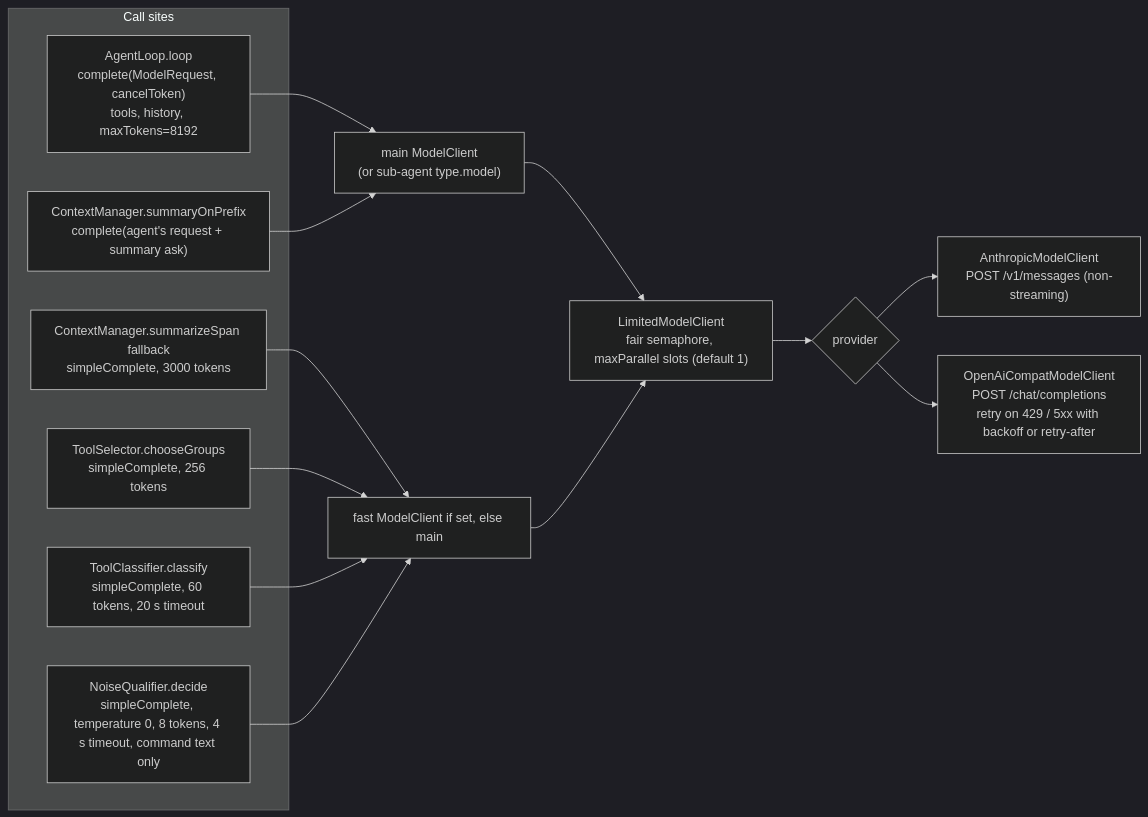
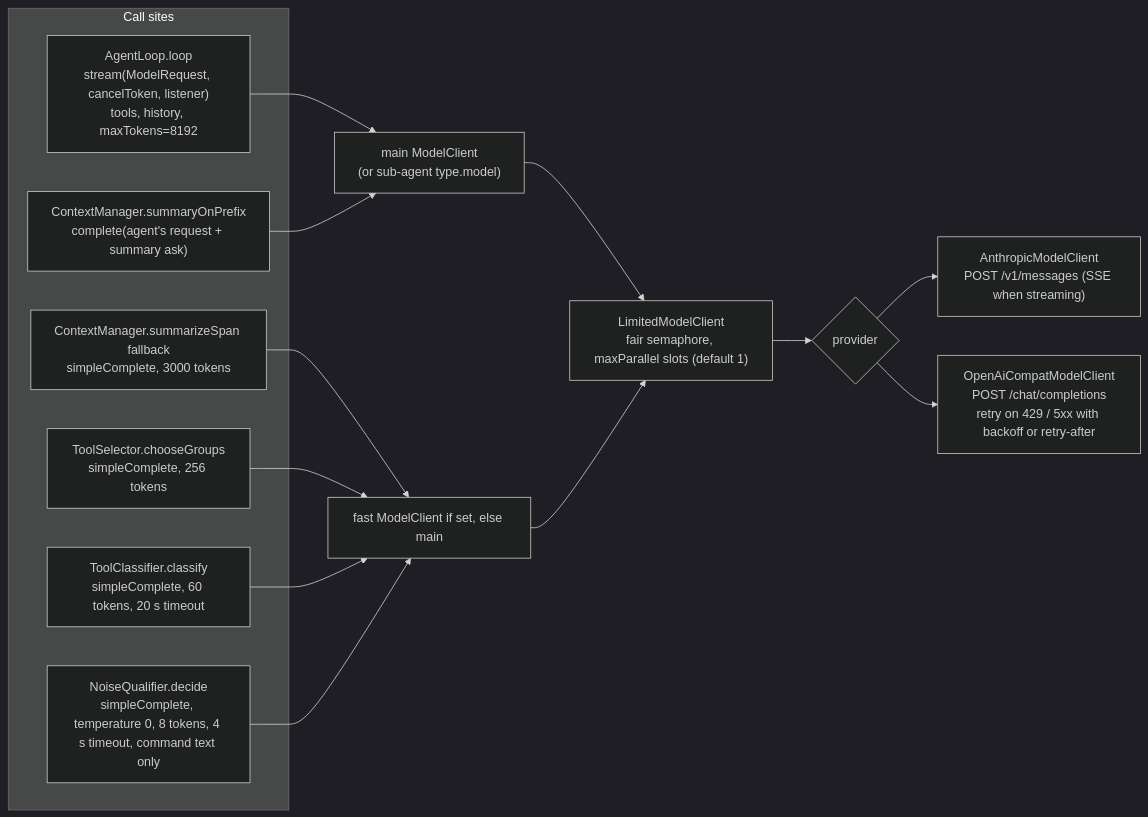
Before and after one commit to kendarorg/jllm: the tenth of 13 diagrams in docs/FLOW.md, drawn with Mermaid (dark theme). The commit also changed other lines of this file and 592 other files, not shown here.

````diff
--- a/docs/FLOW.md
+++ b/docs/FLOW.md
@@ -358,17 +377,17 @@
 ```mermaid
 flowchart LR
     subgraph Calls["Call sites"]
-        C1["AgentLoop.loop<br/>complete(ModelRequest, cancelToken)<br/>tools, history, maxTokens=8192"]
+        C1["AgentLoop.loop<br/>stream(ModelRequest, cancelToken, listener)<br/>tools, history, maxTokens=8192"]
         C2["ContextManager.summaryOnPrefix<br/>complete(agent's request + summary ask)"]
         C3["ContextManager.summarizeSpan fallback<br/>simpleComplete, 3000 tokens"]
         C4["ToolSelector.chooseGroups<br/>simpleComplete, 256 tokens"]
         C5["ToolClassifier.classify<br/>simpleComplete, 60 tokens, 20 s timeout"]
         C6["NoiseQualifier.decide<br/>simpleComplete, temperature 0, 8 tokens, 4 s timeout, command text only"]
     end
     C1 & C2 --> MAIN["main ModelClient<br/>(or sub-agent type.model)"]
     C3 & C4 & C5 & C6 --> FASTQ["fast ModelClient if set, else main"]
     MAIN & FASTQ --> LMC["LimitedModelClient<br/>fair semaphore, maxParallel slots (default 1)"]
     LMC --> P{"provider"}
-    P --> ANT["AnthropicModelClient<br/>POST /v1/messages (non-streaming)"]
+    P --> ANT["AnthropicModelClient<br/>POST /v1/messages (SSE when streaming)"]
     P --> OAI["OpenAiCompatModelClient<br/>POST /chat/completions<br/>retry on 429 / 5xx with backoff or retry-after"]
 ```
````
